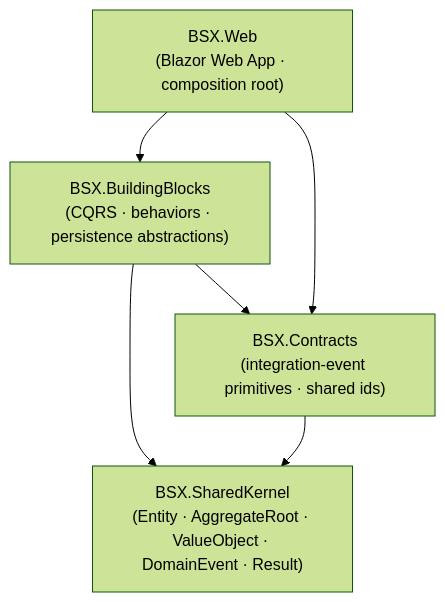
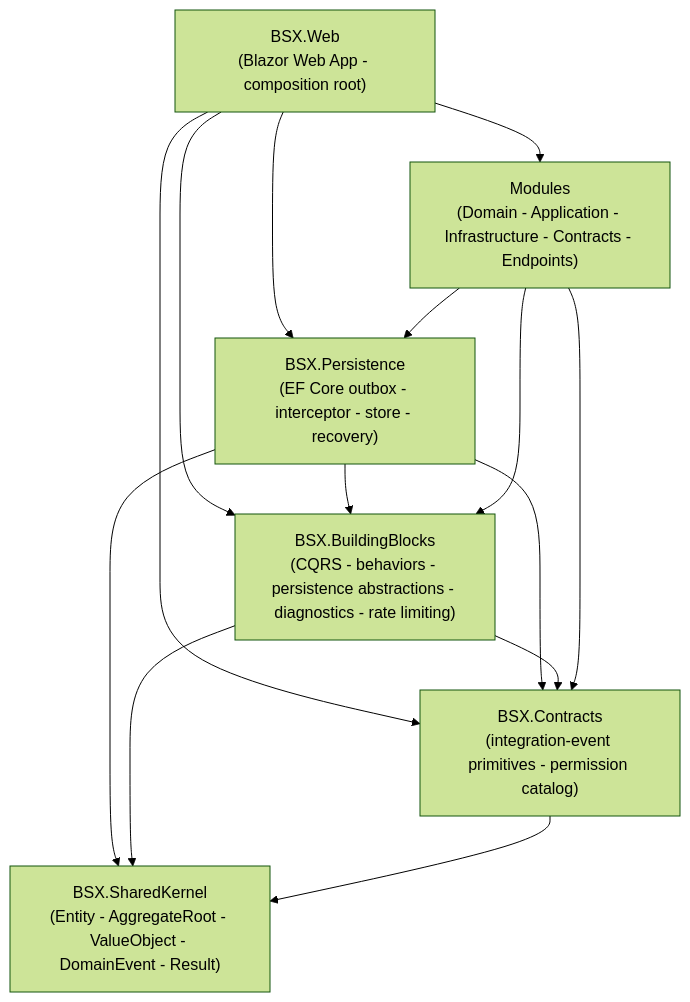
One commit to jb-coder/BSX.Platform changed the diagram in docs/diagrams/foundation-projects.md. Above: the diagram before and after it, drawn with Mermaid (forest theme). The commit also changed other lines of this file and 101 other files, not shown here.

````diff
--- a/docs/diagrams/foundation-projects.md
+++ b/docs/diagrams/foundation-projects.md
@@ -5,17 +5,29 @@
 ```mermaid
 flowchart TD
 
-    Web["BSX.Web<br/>(Blazor Web App · composition root)"]
+    Web["BSX.Web<br/>(Blazor Web App - composition root)"]
 
-    BuildingBlocks["BSX.BuildingBlocks<br/>(CQRS · behaviors · persistence abstractions)"]
+    Persistence["BSX.Persistence<br/>(EF Core outbox - interceptor - store - recovery)"]
 
-    Contracts["BSX.Contracts<br/>(integration-event primitives · shared ids)"]
+    BuildingBlocks["BSX.BuildingBlocks<br/>(CQRS - behaviors - persistence abstractions - diagnostics - rate limiting)"]
 
-    SharedKernel["BSX.SharedKernel<br/>(Entity · AggregateRoot · ValueObject · DomainEvent · Result)"]
+    Contracts["BSX.Contracts<br/>(integration-event primitives - permission catalog)"]
+
+    SharedKernel["BSX.SharedKernel<br/>(Entity - AggregateRoot - ValueObject - DomainEvent - Result)"]
+
+    Modules["Modules<br/>(Domain - Application - Infrastructure - Contracts - Endpoints)"]
 
     Web --> BuildingBlocks
     Web --> Contracts
+    Web --> Persistence
+    Web --> Modules
+    Persistence --> BuildingBlocks
+    Persistence --> Contracts
+    Persistence --> SharedKernel
     BuildingBlocks --> SharedKernel
     BuildingBlocks --> Contracts
     Contracts --> SharedKernel
+    Modules --> BuildingBlocks
+    Modules --> Contracts
+    Modules --> Persistence
 ```
````
